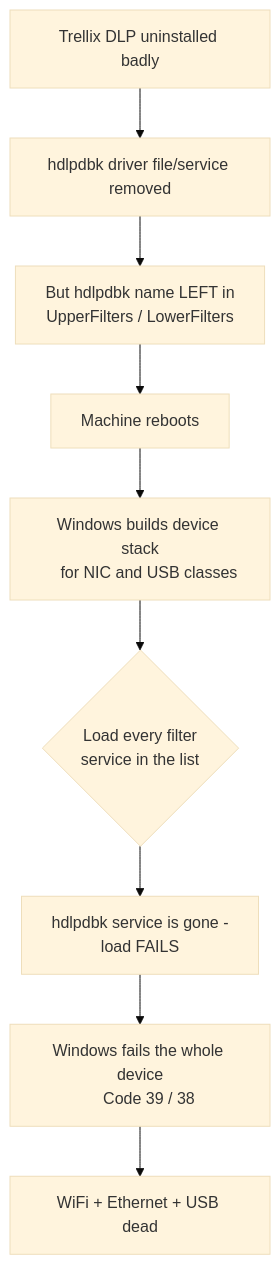
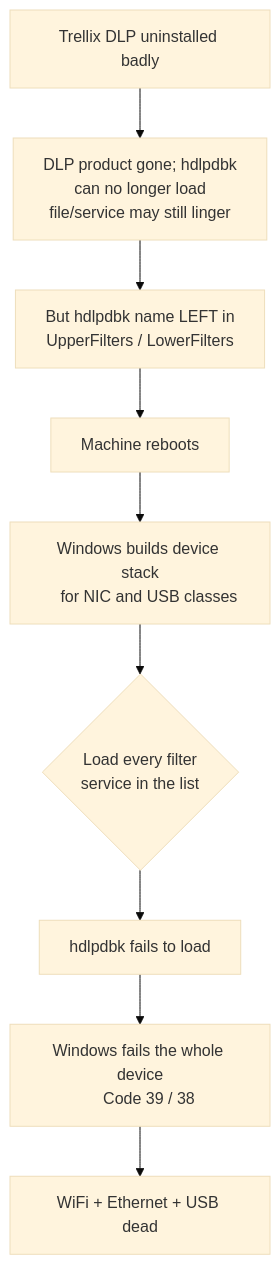
Before and after one commit to 8bits1beard-io/Trellex-Cleanup: the first of 4 diagrams in README.md, drawn with Mermaid (base theme). The commit also changed other lines of this file and 4 other files, not shown here.

````diff
--- a/README.md
+++ b/README.md
@@ -61,16 +68,17 @@
 ```mermaid
 flowchart TD
-    A[Trellix DLP uninstalled badly] --> B[hdlpdbk driver file/service removed]
+    A[Trellix DLP uninstalled badly] --> B[DLP product gone; hdlpdbk
+    can no longer load
+    file/service may still linger]
     B --> C["But hdlpdbk name LEFT in
     UpperFilters / LowerFilters"]
     C --> D[Machine reboots]
     D --> E[Windows builds device stack
     for NIC and USB classes]
     E --> F{Load every filter
     service in the list}
-    F --> G["hdlpdbk service is gone -
-    load FAILS"]
+    F --> G["hdlpdbk fails to load"]
     G --> H["Windows fails the whole device
     Code 39 / 38"]
     H --> I[WiFi + Ethernet + USB dead]
 ```
````
